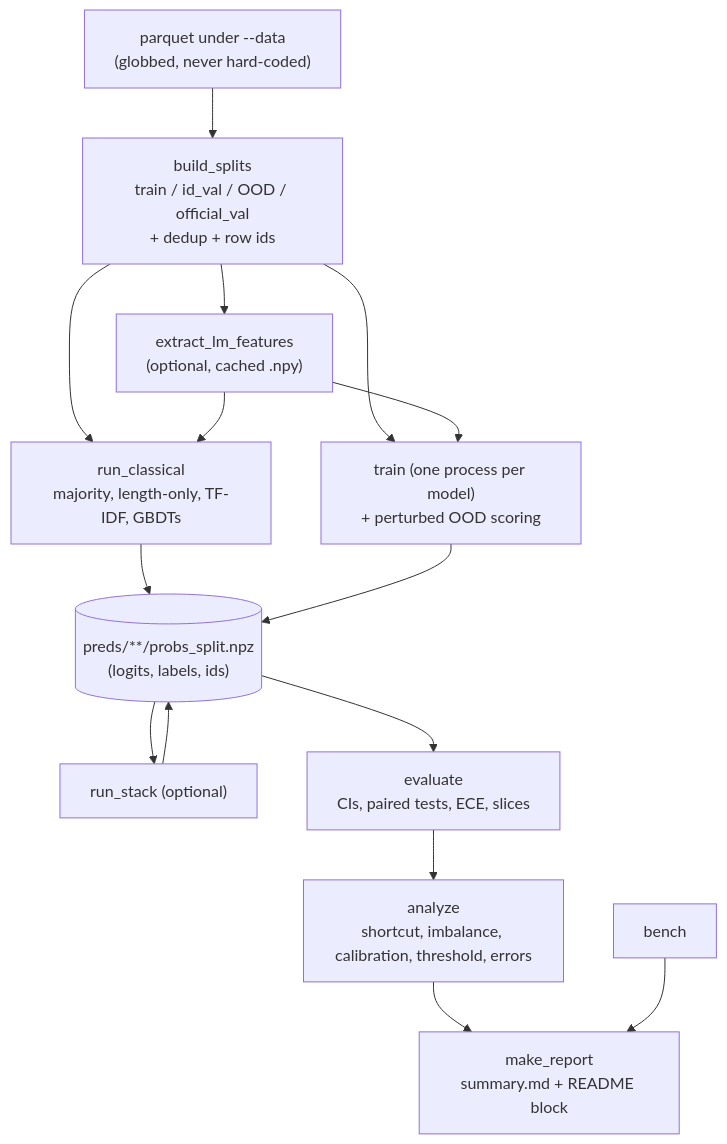
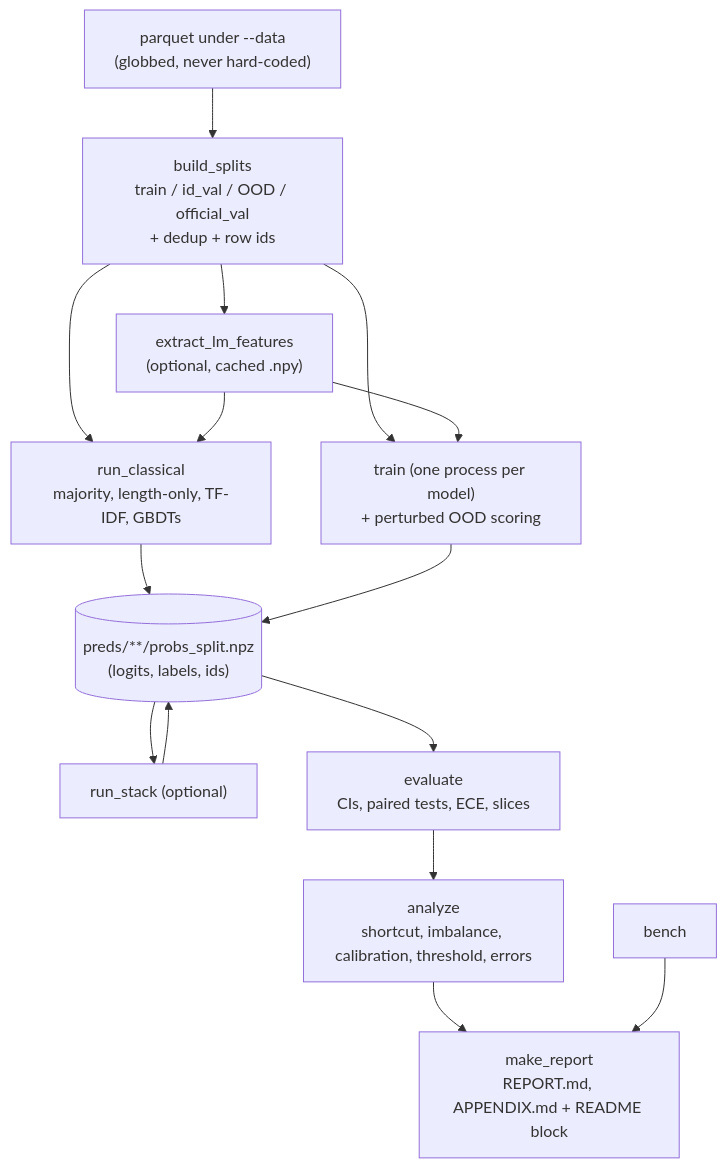
One commit to ranjankndev/codedetection-human-machine changed the second of 2 diagrams in docs/ARCHITECTURE.md. Above: the diagram before and after it, drawn with Mermaid. The commit also changed other lines of this file and 153 other files, not shown here.

First line of the commit message:
Simplify the repo layout and replace the report with a one-page summary

````diff
--- a/docs/ARCHITECTURE.md
+++ b/docs/ARCHITECTURE.md
@@ -60,17 +60,17 @@
 ```mermaid
 flowchart TD
     D["parquet under --data<br/>(globbed, never hard-coded)"] --> SP["build_splits<br/>train / id_val / OOD / official_val<br/>+ dedup + row ids"]
     SP --> LM["extract_lm_features<br/>(optional, cached .npy)"]
     SP --> CL["run_classical<br/>majority, length-only, TF-IDF, GBDTs"]
     LM --> CL
     SP --> TR["train (one process per model)<br/>+ perturbed OOD scoring"]
     LM --> TR
     CL --> PR[("preds/**/probs_split.npz<br/>(logits, labels, ids)")]
     TR --> PR
     PR --> ST["run_stack (optional)"]
     ST --> PR
     PR --> EV["evaluate<br/>CIs, paired tests, ECE, slices"]
     EV --> AN["analyze<br/>shortcut, imbalance, calibration, threshold, errors"]
-    AN --> RP["make_report<br/>summary.md + README block"]
+    AN --> RP["make_report<br/>REPORT.md, APPENDIX.md + README block"]
     BE["bench"] --> RP
 ```
````
